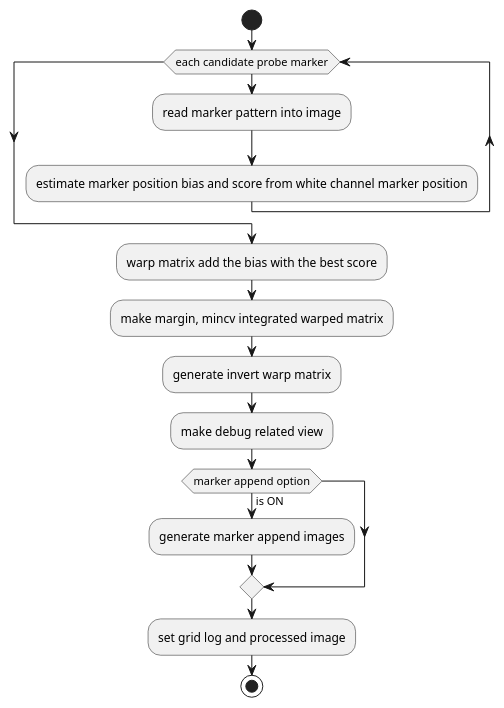
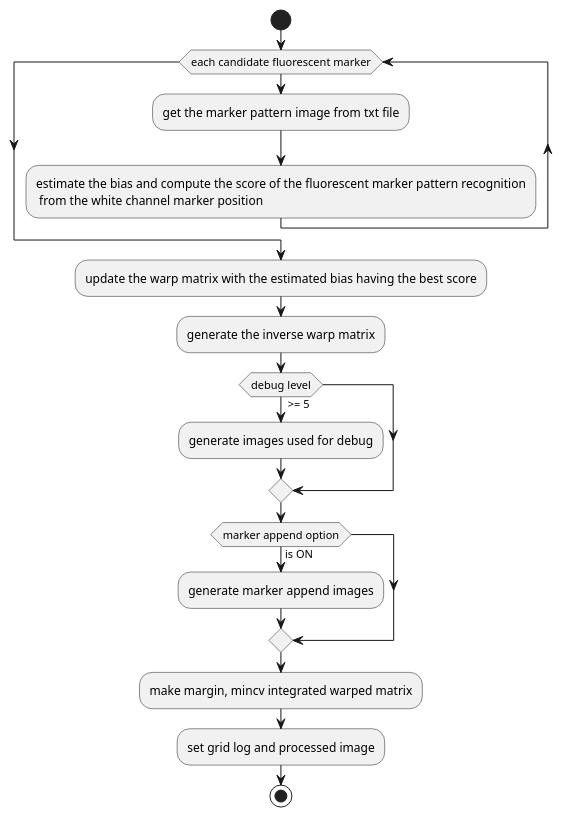
One commit to jeff665547/Project-Summit.Grid changed the fourth of 4 diagrams in doc/algorithm.md. Above: the diagram before and after it, drawn with PlantUML. The commit also changed other lines of this file and 5 other files, not shown here.

```diff
--- a/doc/algorithm.md
+++ b/doc/algorithm.md
@@ -147,17 +174,20 @@
-@startuml {fov-level-process.png}
+@startuml Fov Level Process
 start
 
-while (each candidate probe marker)
-    :read marker pattern into image;
-    :estimate marker position bias and score from white channel marker position;
+while (each candidate fluorescent marker)
+    :get the marker pattern image from txt file;
+    :estimate the bias and compute the score of the fluorescent marker pattern recognition
+     from the white channel marker position;
 endwhile
-:warp matrix add the bias with the best score;
-:make margin, mincv integrated warped matrix;
-:generate invert warp matrix;
-:make debug related view;
+:update the warp matrix with the estimated bias having the best score;
+:generate the inverse warp matrix;
+if (debug level) then ( >= 5 )
+    :generate images used for debug;
+endif
 if (marker append option) then (is ON)
     :generate marker append images;
 endif;
+:make margin, mincv integrated warped matrix;
 :set grid log and processed image;
 stop
 @enduml
```
